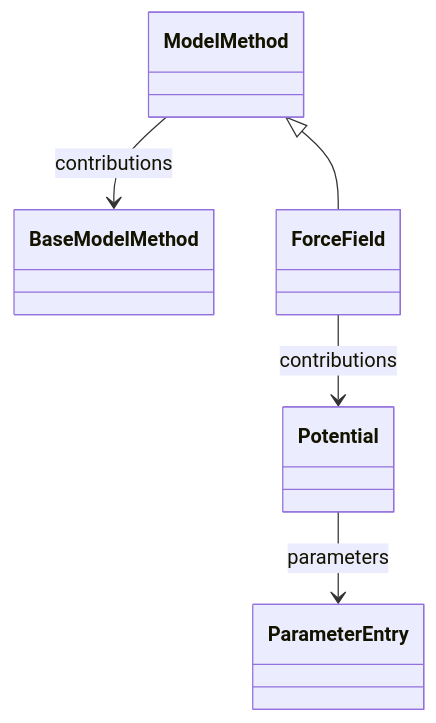
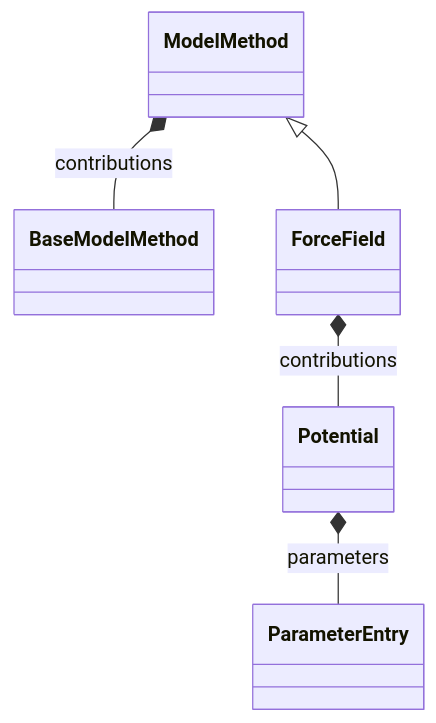
Before and after one commit to FAIRmat-NFDI/nomad-simulations: the diagram in docs/schema/force_field.diagram.md, drawn with Mermaid. The commit also changed other lines of this file and 34 other files, not shown here.

````diff
--- a/docs/schema/force_field.diagram.md
+++ b/docs/schema/force_field.diagram.md
@@ -14,17 +14,17 @@
 ```mermaid
 classDiagram
     class BaseModelMethod {
     }
     class ForceField {
     }
     class ModelMethod {
     }
     class ParameterEntry {
     }
     class Potential {
     }
     ModelMethod <|-- ForceField
-    ForceField --> Potential : contributions
-    ModelMethod --> BaseModelMethod : contributions
-    Potential --> ParameterEntry : parameters
+    ForceField *-- Potential : contributions
+    ModelMethod *-- BaseModelMethod : contributions
+    Potential *-- ParameterEntry : parameters
 ```
````
